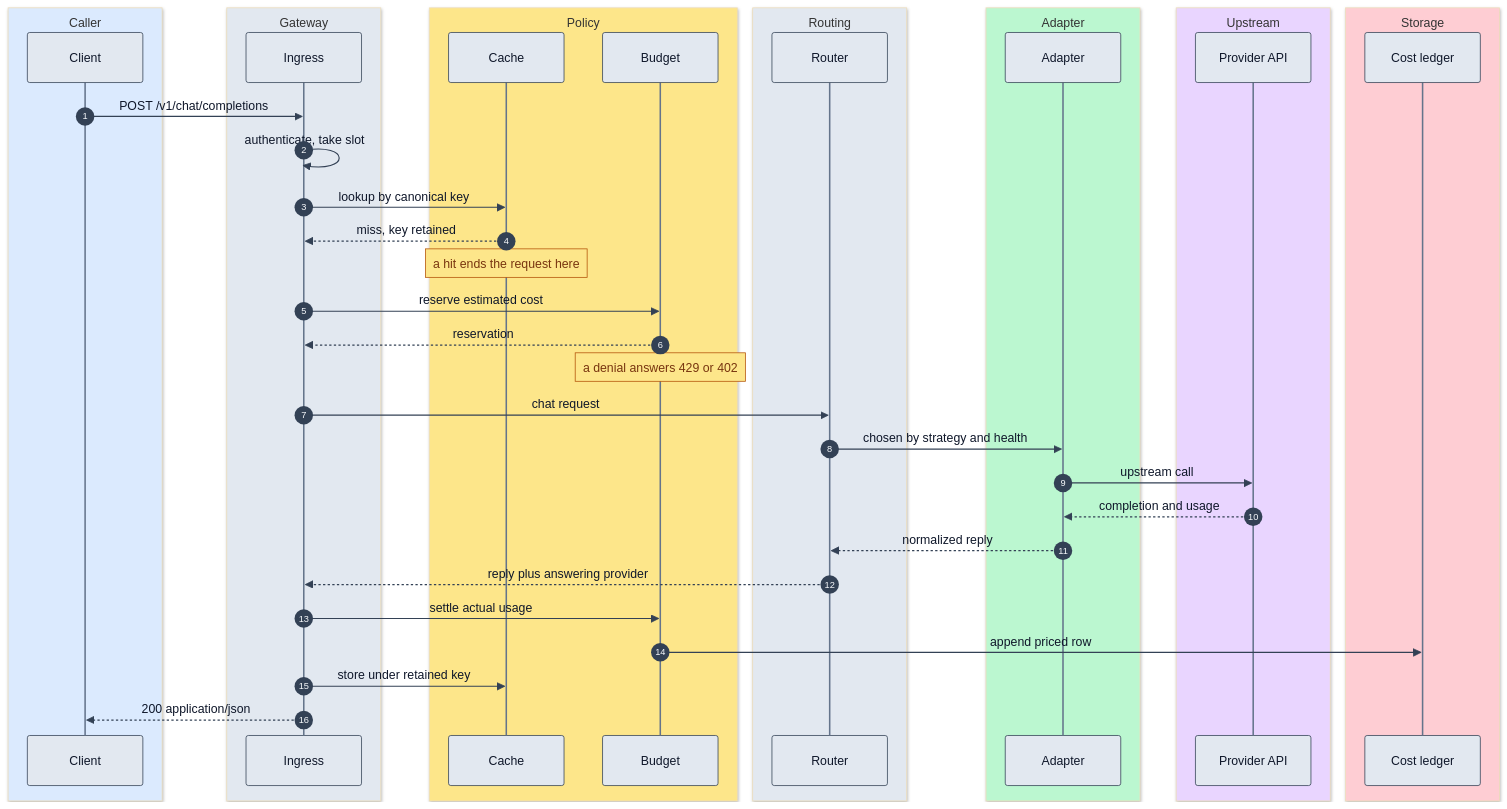
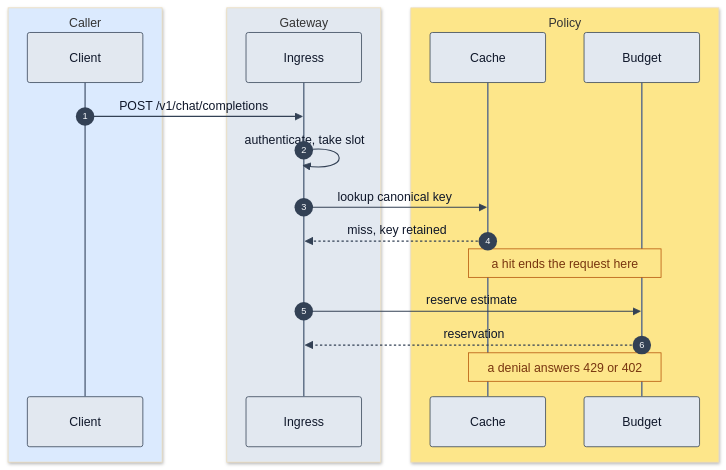
Before and after one commit to rajeev-chaurasia/pen-stock: the first of 6 diagrams in docs/request-lifecycle.md, drawn with Mermaid. The commit also changed other lines of this file and 4 other files, not shown here.

````diff
--- a/docs/request-lifecycle.md
+++ b/docs/request-lifecycle.md
@@ -13,46 +21,24 @@
 ```mermaid
 %%{init: {'theme':'base','themeVariables':{'actorBkg':'#e2e8f0','actorBorder':'#334155','actorTextColor':'#0f172a','actorLineColor':'#64748b','signalColor':'#334155','signalTextColor':'#0f172a','noteBkgColor':'#fde68a','noteBorderColor':'#b45309','noteTextColor':'#78350f','labelBoxBkgColor':'#e2e8f0','labelBoxBorderColor':'#334155','labelTextColor':'#0f172a','loopTextColor':'#0f172a','activationBkgColor':'#bbf7d0','activationBorderColor':'#15803d','sequenceNumberColor':'#f8fafc'}}}%%
 sequenceDiagram
     autonumber
     box rgb(219,234,254) Caller
     participant C as Client
     end
     box rgb(226,232,240) Gateway
     participant I as Ingress
     end
     box rgb(253,230,138) Policy
     participant K as Cache
     participant B as Budget
     end
-    box rgb(226,232,240) Routing
-    participant R as Router
-    end
-    box rgb(187,247,208) Adapter
-    participant P as Adapter
-    end
-    box rgb(233,213,255) Upstream
-    participant U as Provider API
-    end
-    box rgb(254,205,211) Storage
-    participant L as Cost ledger
-    end
 
     C->>I: POST /v1/chat/completions
     I->>I: authenticate, take slot
-    I->>K: lookup by canonical key
+    I->>K: lookup canonical key
     K-->>I: miss, key retained
-    Note over K: a hit ends the request here
-    I->>B: reserve estimated cost
+    Note over K,B: a hit ends the request here
+    I->>B: reserve estimate
     B-->>I: reservation
-    Note over B: a denial answers 429 or 402
-    I->>R: chat request
-    R->>P: chosen by strategy and health
-    P->>U: upstream call
-    U-->>P: completion and usage
-    P-->>R: normalized reply
-    R-->>I: reply plus answering provider
-    I->>B: settle actual usage
-    B->>L: append priced row
-    I->>K: store under retained key
-    I-->>C: 200 application/json
+    Note over K,B: a denial answers 429 or 402
 ```
````
